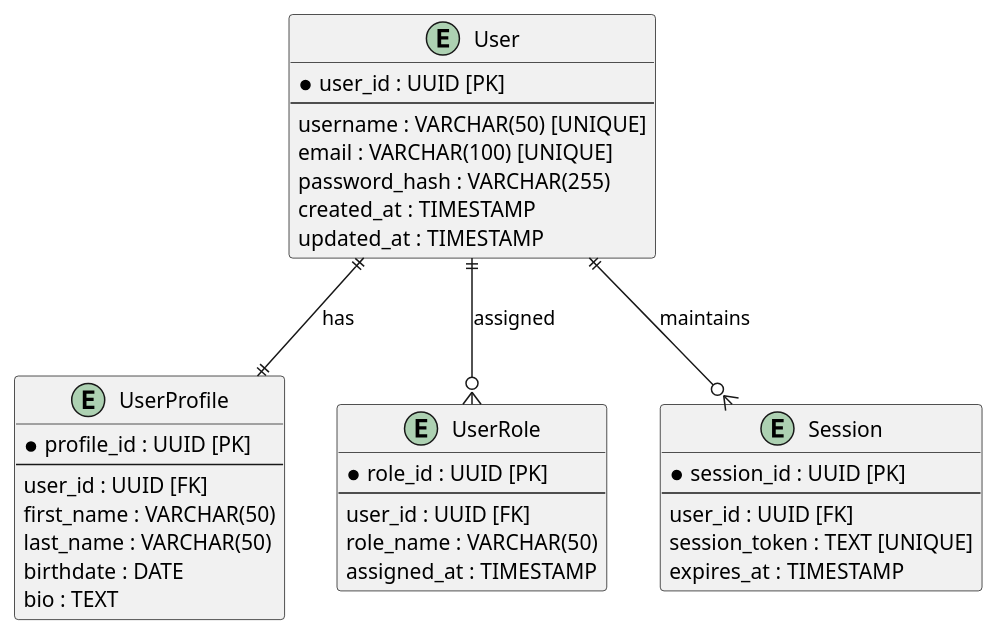
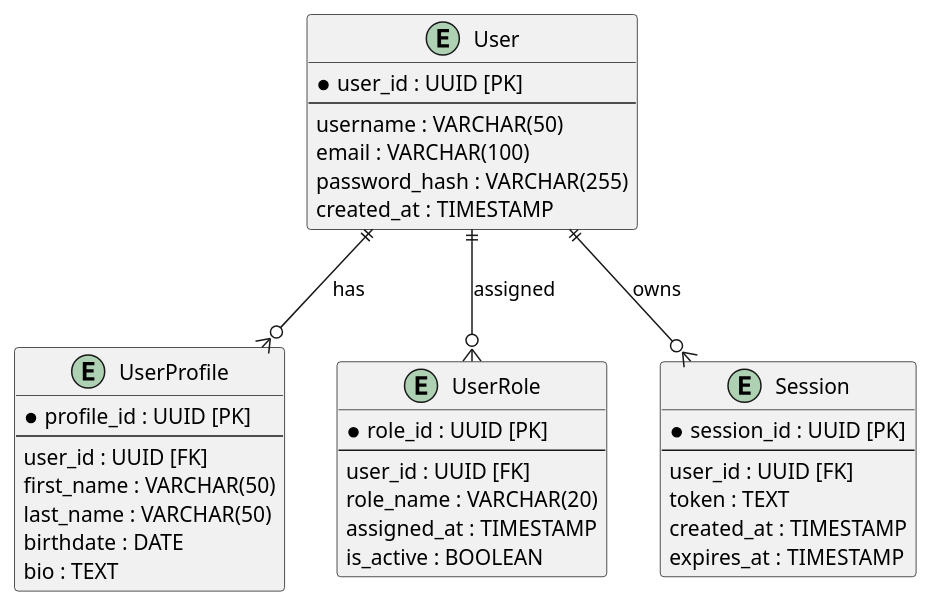
The diagram in docs/er-users-service.puml (vdovetzi/social-network), drawn with PlantUML before and after one commit.

Commit message:
fix: added attributes

```diff
--- a/docs/er-users-service.puml
+++ b/docs/er-users-service.puml
@@ -1,41 +1,42 @@
 @startuml "Users Service"
 entity User {
     * user_id : UUID [PK]
     --
-    username : VARCHAR(50) [UNIQUE]
-    email : VARCHAR(100) [UNIQUE]
+    username : VARCHAR(50)
+    email : VARCHAR(100)
     password_hash : VARCHAR(255)
     created_at : TIMESTAMP
-    updated_at : TIMESTAMP
 }
 
 entity UserProfile {
     * profile_id : UUID [PK]
     --
     user_id : UUID [FK]
     first_name : VARCHAR(50)
     last_name : VARCHAR(50)
     birthdate : DATE
     bio : TEXT
 }
 
 entity UserRole {
     * role_id : UUID [PK]
     --
     user_id : UUID [FK]
-    role_name : VARCHAR(50)
+    role_name : VARCHAR(20)
     assigned_at : TIMESTAMP
+    is_active : BOOLEAN
 }
 
 entity Session {
     * session_id : UUID [PK]
     --
     user_id : UUID [FK]
-    session_token : TEXT [UNIQUE]
+    token : TEXT
+    created_at : TIMESTAMP
     expires_at : TIMESTAMP
 }
 
-User ||--|| UserProfile : has
+User ||--o{ UserProfile : has
 User ||--o{ UserRole : assigned
-User ||--o{ Session : maintains
+User ||--o{ Session : owns
 @enduml
```
